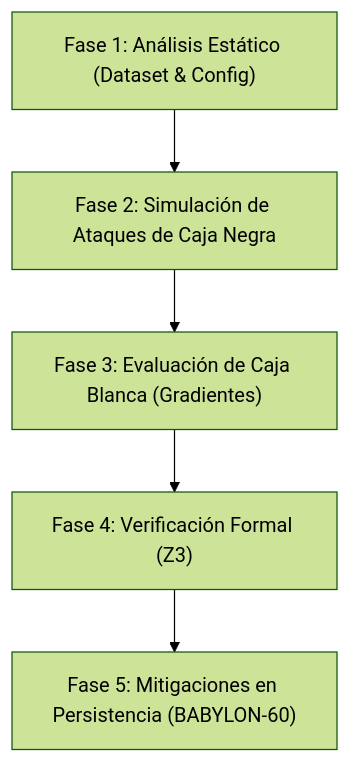
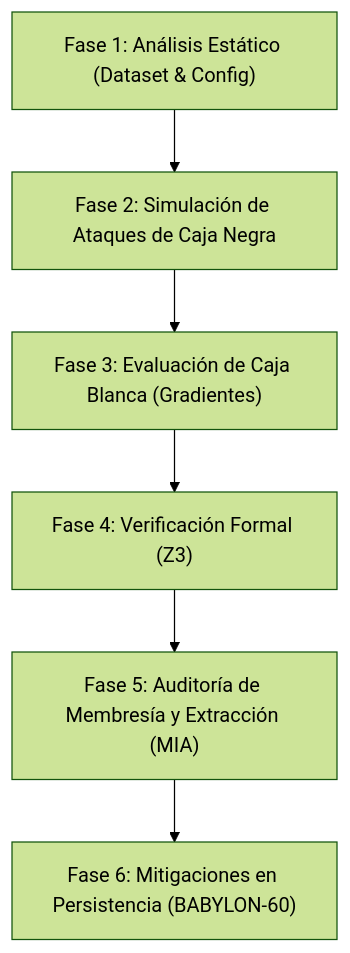
One commit to borjamoskv/babylon-60 changed the diagram in docs/epistemology/guia_auditoria_adversarial_llm.md. Above: the diagram before and after it, drawn with Mermaid (forest theme). The commit also changed other lines of this file and 1 other file, not shown here.

Commit message:
[bridge] feat: add MIA and model extraction simulations and guides

````diff
--- a/docs/epistemology/guia_auditoria_adversarial_llm.md
+++ b/docs/epistemology/guia_auditoria_adversarial_llm.md
@@ -27,7 +27,8 @@
 ```mermaid
 graph TD
     A["Fase 1: Análisis Estático (Dataset & Config)"] --> B["Fase 2: Simulación de Ataques de Caja Negra"]
     B --> C["Fase 3: Evaluación de Caja Blanca (Gradientes)"]
     C --> D["Fase 4: Verificación Formal (Z3)"]
-    D --> E["Fase 5: Mitigaciones en Persistencia (BABYLON-60)"]
+    D --> E["Fase 5: Auditoría de Membresía y Extracción (MIA)"]
+    E --> F["Fase 6: Mitigaciones en Persistencia (BABYLON-60)"]
 ```
````
